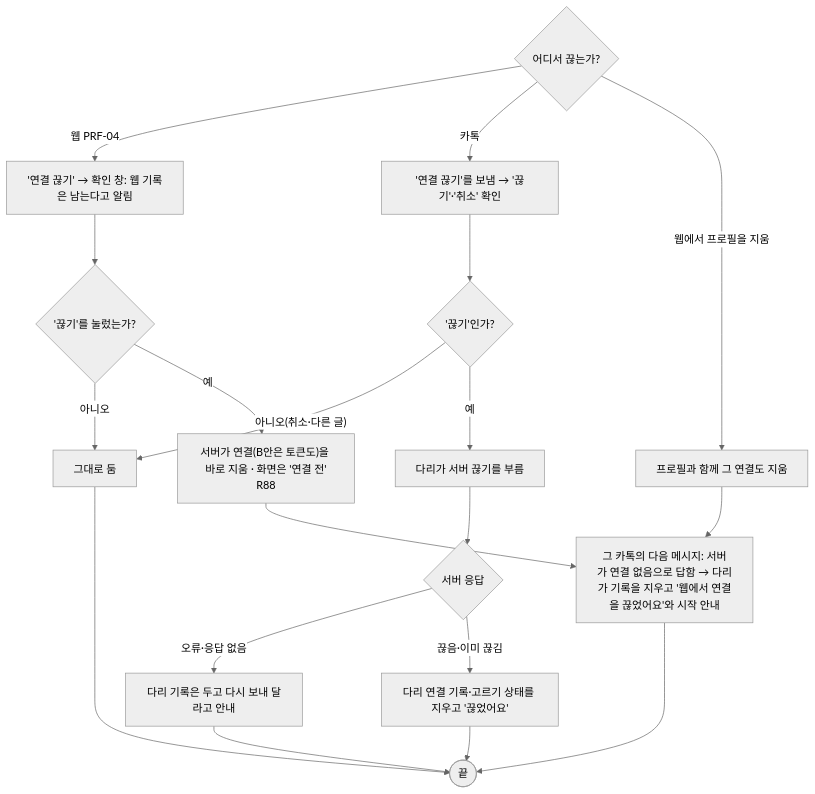
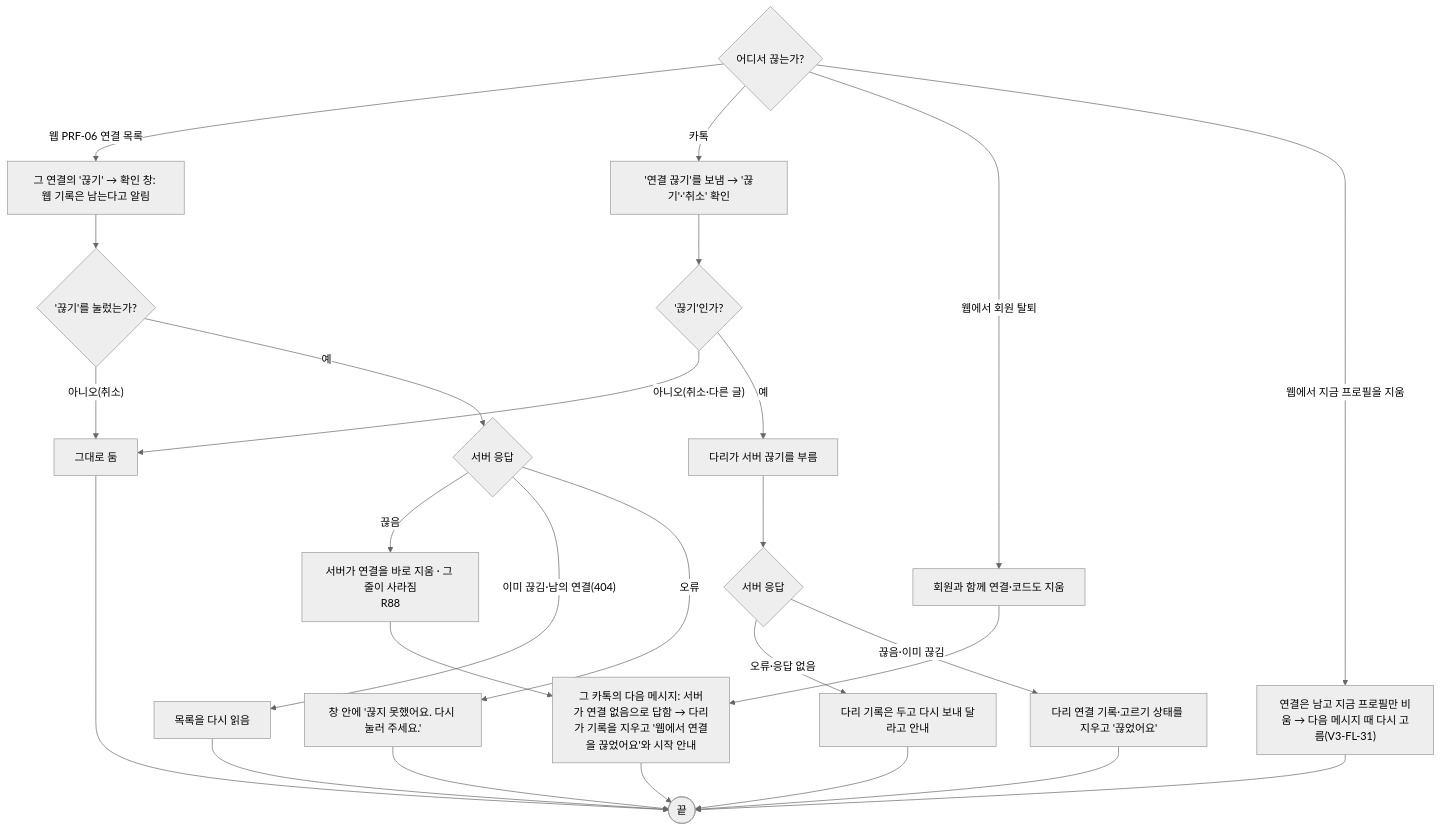
One commit to kodonghui/pillboot-dev changed diagram 16 of 16 in docs/03-user-flow/user-flow-v3.md. Above: the diagram before and after it, drawn with Mermaid (neutral theme). The commit also changed other lines of this file and 51 other files, not shown here.

````diff
--- a/docs/03-user-flow/user-flow-v3.md
+++ b/docs/03-user-flow/user-flow-v3.md
@@ -454,21 +442,28 @@
 ```mermaid
 flowchart TD
-    START{"어디서 끊는가?"} -->|"웹 PRF-04"| WEBASK["'연결 끊기' → 확인 창: 웹 기록은 남는다고 알림"]
+    START{"어디서 끊는가?"} -->|"웹 PRF-06 연결 목록"| WEBASK["그 연결의 '끊기' → 확인 창: 웹 기록은 남는다고 알림"]
     START -->|"카톡"| KASK["'연결 끊기'를 보냄 → '끊기'·'취소' 확인"]
-    START -->|"웹에서 프로필을 지움"| DELPROF["프로필과 함께 그 연결도 지움"]
+    START -->|"웹에서 회원 탈퇴"| WITHDRAW["회원과 함께 연결·코드도 지움"]
+    START -->|"웹에서 지금 프로필을 지움"| DELPROF["연결은 남고 지금 프로필만 비움 → 다음 메시지 때 다시 고름(V3-FL-31)"]
     WEBASK --> WOK{"'끊기'를 눌렀는가?"}
-    WOK -->|"아니오"| KEEP["그대로 둠"]
-    WOK -->|"예"| CUT["서버가 연결(B안은 토큰도)을 바로 지움 · 화면은 '연결 전'<br/>R88"]
+    WOK -->|"아니오(취소)"| KEEP["그대로 둠"]
+    WOK -->|"예"| CUT{"서버 응답"}
+    CUT -->|"끊음"| GONE["서버가 연결을 바로 지움 · 그 줄이 사라짐<br/>R88"]
+    CUT -->|"이미 끊김·남의 연결(404)"| RELOAD["목록을 다시 읽음"]
+    CUT -->|"오류"| WFAIL["창 안에 '끊지 못했어요. 다시 눌러 주세요.'"]
     KASK --> KOK{"'끊기'인가?"}
     KOK -->|"아니오(취소·다른 글)"| KEEP
     KOK -->|"예"| CUTK["다리가 서버 끊기를 부름"]
     CUTK --> RES{"서버 응답"}
     RES -->|"오류·응답 없음"| RETRY["다리 기록은 두고 다시 보내 달라고 안내"]
     RES -->|"끊음·이미 끊김"| CLEAR["다리 연결 기록·고르기 상태를 지우고 '끊었어요'"]
-    CUT --> NEXTMSG["그 카톡의 다음 메시지: 서버가 연결 없음으로 답함 → 다리가 기록을 지우고 '웹에서 연결을 끊었어요'와 시작 안내"]
-    DELPROF --> NEXTMSG
+    GONE --> NEXTMSG["그 카톡의 다음 메시지: 서버가 연결 없음으로 답함 → 다리가 기록을 지우고 '웹에서 연결을 끊었어요'와 시작 안내"]
+    WITHDRAW --> NEXTMSG
     CLEAR --> END(["끝"])
     NEXTMSG --> END
+    DELPROF --> END
+    RELOAD --> END
+    WFAIL --> END
     KEEP --> END
     RETRY --> END
 ```
````
